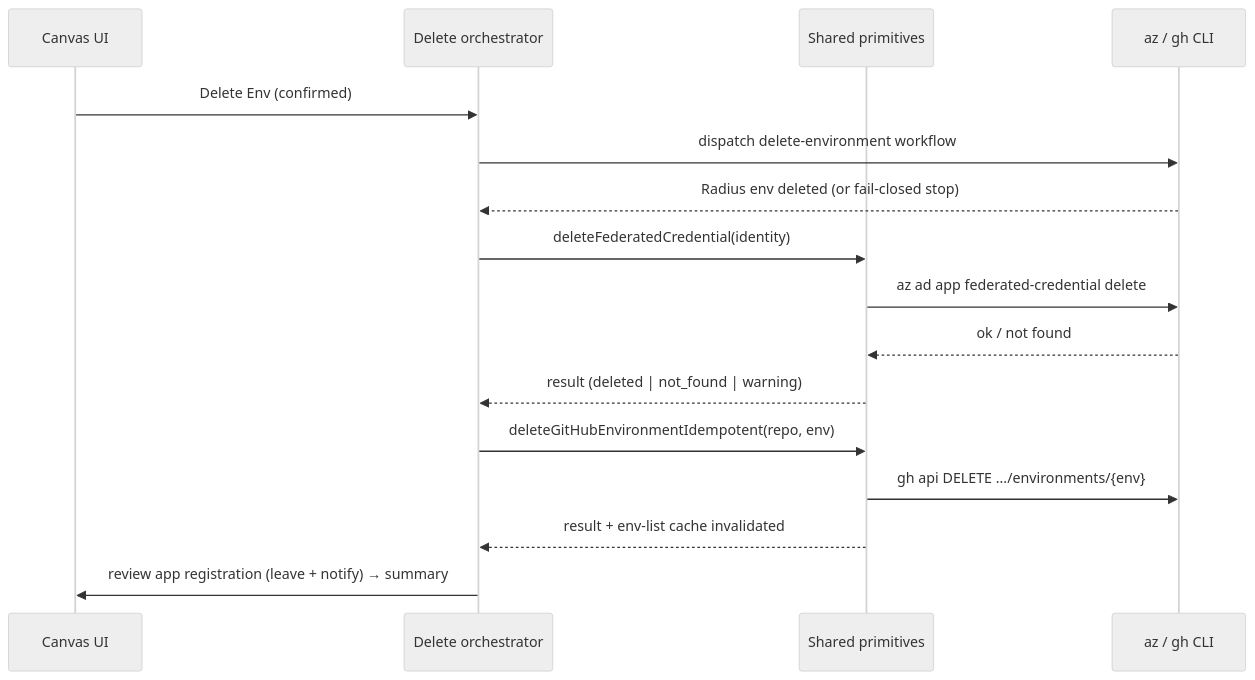
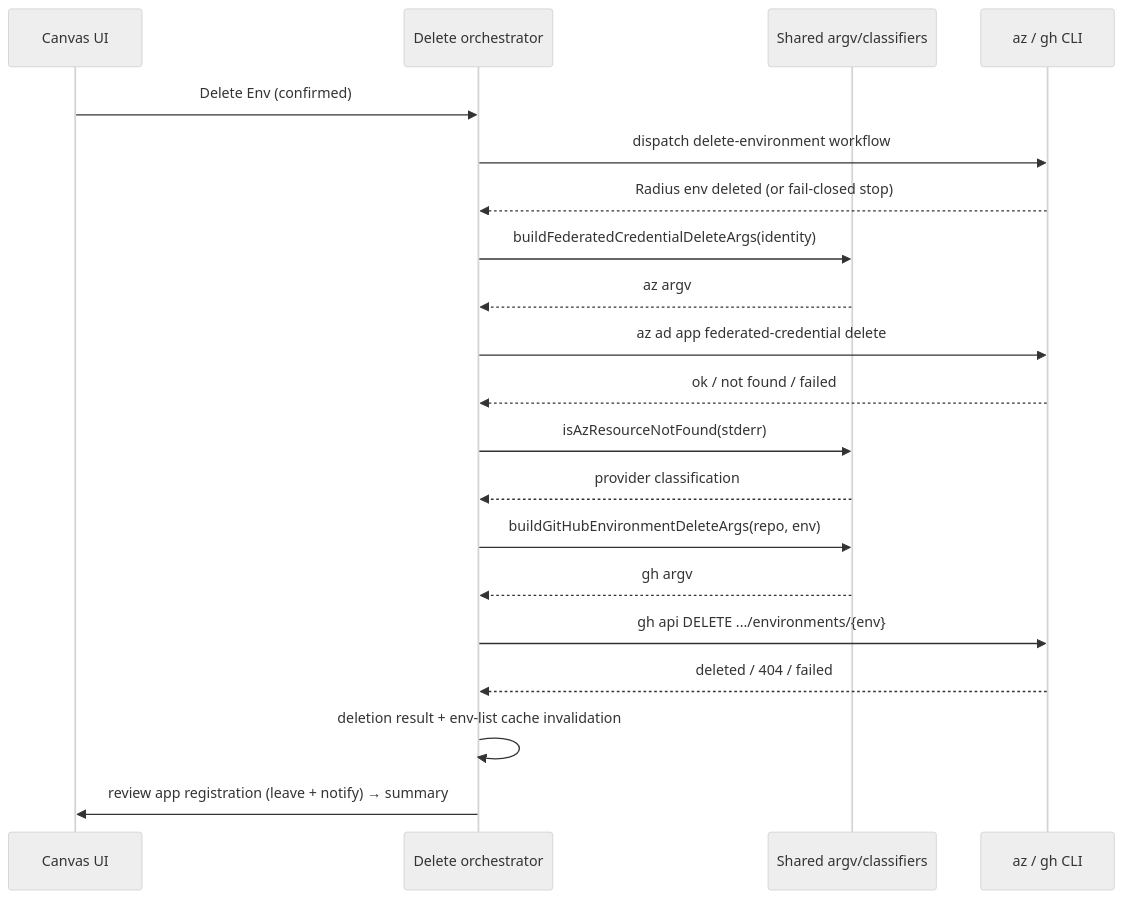
One commit to radius-project/ai-extensions changed the second of 2 diagrams in docs/design/2026-08-environment-deletion-cloud-cleanup.md. Above: the diagram before and after it, drawn with Mermaid (neutral theme). The commit also changed other lines of this file and 3 other files, not shown here.

````diff
--- a/docs/design/2026-08-environment-deletion-cloud-cleanup.md
+++ b/docs/design/2026-08-environment-deletion-cloud-cleanup.md
@@ -141,19 +136,23 @@
 ```mermaid
 sequenceDiagram
   participant UI as Canvas UI
   participant Flow as Delete orchestrator
-  participant Prim as Shared primitives
+  participant Shared as Shared argv/classifiers
   participant Ext as az / gh CLI
 
   UI->>Flow: Delete Env (confirmed)
   Flow->>Ext: dispatch delete-environment workflow
   Ext-->>Flow: Radius env deleted (or fail-closed stop)
-  Flow->>Prim: deleteFederatedCredential(identity)
-  Prim->>Ext: az ad app federated-credential delete
-  Ext-->>Prim: ok / not found
-  Prim-->>Flow: result (deleted | not_found | warning)
-  Flow->>Prim: deleteGitHubEnvironmentIdempotent(repo, env)
-  Prim->>Ext: gh api DELETE .../environments/{env}
-  Prim-->>Flow: result + env-list cache invalidated
+  Flow->>Shared: buildFederatedCredentialDeleteArgs(identity)
+  Shared-->>Flow: az argv
+  Flow->>Ext: az ad app federated-credential delete
+  Ext-->>Flow: ok / not found / failed
+  Flow->>Shared: isAzResourceNotFound(stderr)
+  Shared-->>Flow: provider classification
+  Flow->>Shared: buildGitHubEnvironmentDeleteArgs(repo, env)
+  Shared-->>Flow: gh argv
+  Flow->>Ext: gh api DELETE .../environments/{env}
+  Ext-->>Flow: deleted / 404 / failed
+  Flow->>Flow: deletion result + env-list cache invalidation
   Flow->>UI: review app registration (leave + notify) → summary
 ```
````
